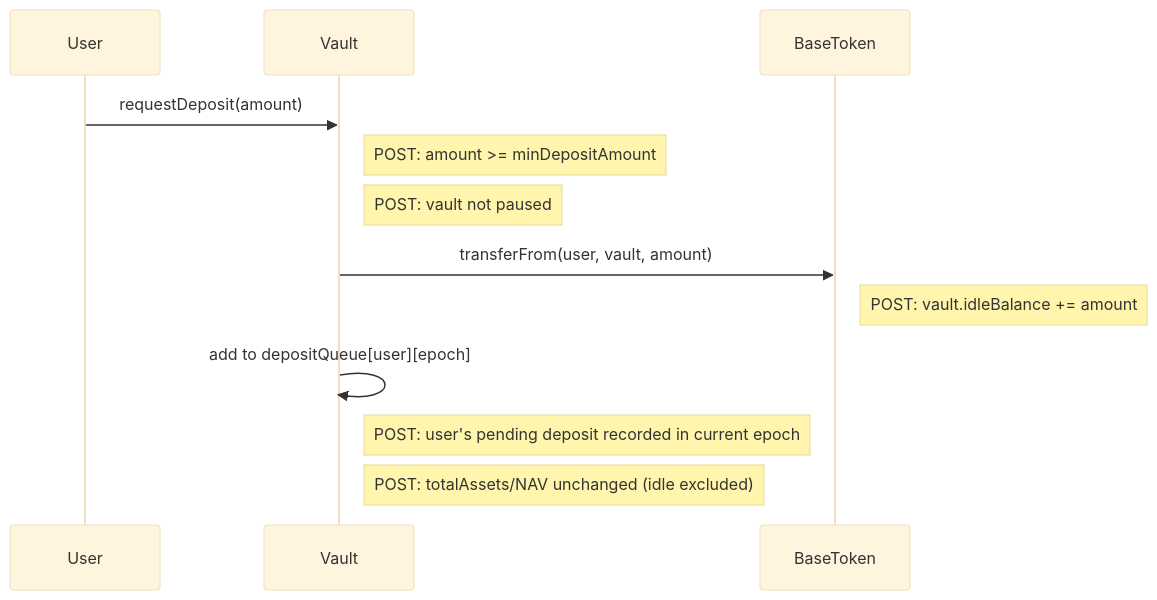
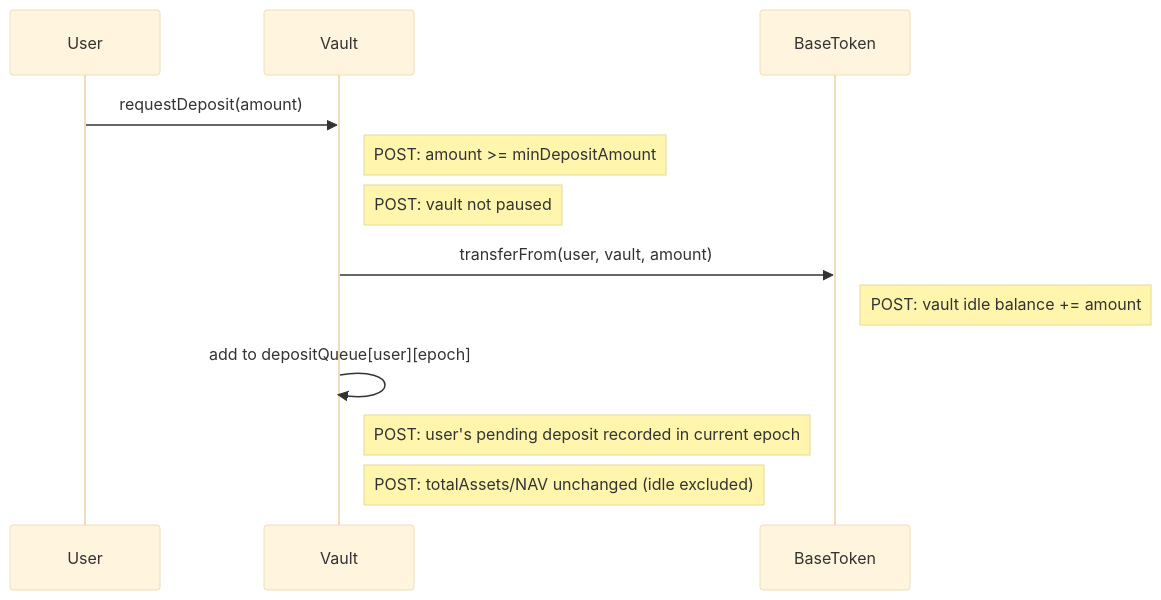
One commit to evgenynacu/leverage-vaults changed the first of 16 diagrams in docs/architecture/call-diagrams.md. Above: the diagram before and after it, drawn with Mermaid (base theme). The commit also changed other lines of this file and 9 other files, not shown here.

````diff
--- a/docs/architecture/call-diagrams.md
+++ b/docs/architecture/call-diagrams.md
@@ -5,11 +5,11 @@
 ```mermaid
 sequenceDiagram
     User->>Vault: requestDeposit(amount)
     note right of Vault: POST: amount >= minDepositAmount
     note right of Vault: POST: vault not paused
     Vault->>BaseToken: transferFrom(user, vault, amount)
-    note right of BaseToken: POST: vault.idleBalance += amount
+    note right of BaseToken: POST: vault idle balance += amount
     Vault->>Vault: add to depositQueue[user][epoch]
     note right of Vault: POST: user's pending deposit recorded in current epoch
     note right of Vault: POST: totalAssets/NAV unchanged (idle excluded)
 ```
````
